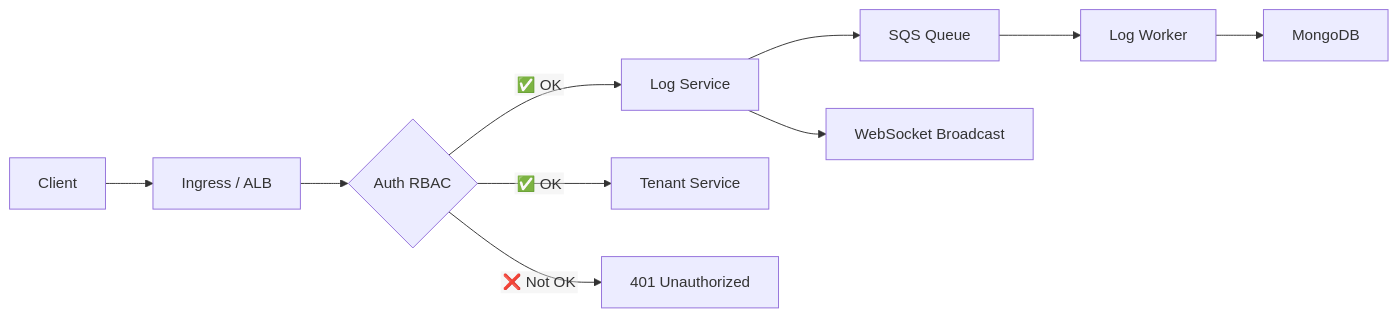
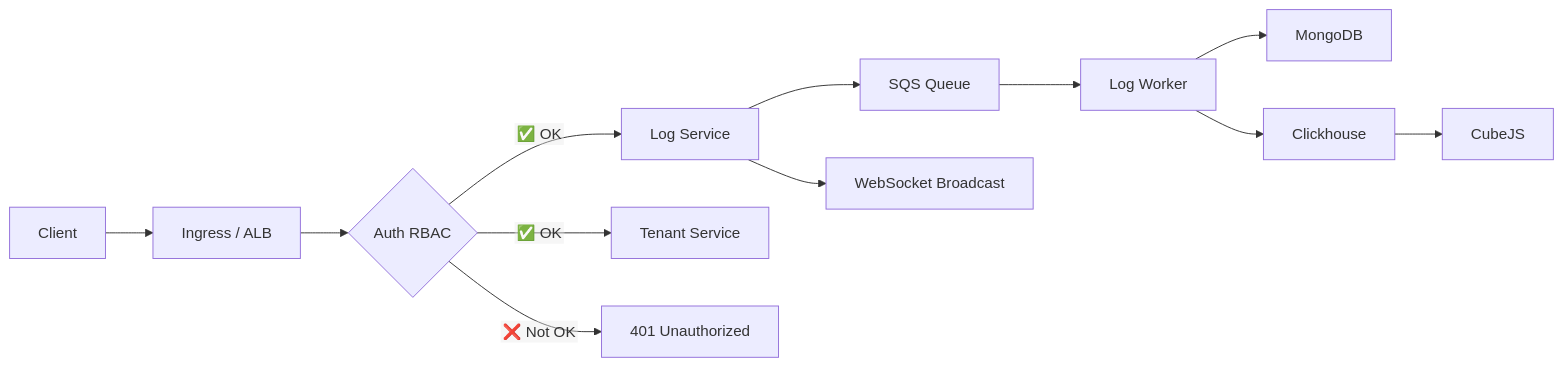
Before and after one commit to rxzcode/logserver: the diagram in README.md, drawn with Mermaid. The commit also changed other lines of this file, not shown here.

````diff
--- a/README.md
+++ b/README.md
@@ -150,16 +161,18 @@
 ```mermaid
 ---
 config:
   flowchart:
     htmlLabels: false
   layout: dagre
 ---
 flowchart LR
   A["Client"] --> B["Ingress / ALB"]
   B --> C{"Auth RBAC"}
   C -- ✅ OK --> D["Log Service"] & E["Tenant Service"]
   D --> SQS["SQS Queue"] & WS["WebSocket Broadcast"]
   SQS --> LW["Log Worker"]
   LW --> DB["MongoDB"]
+  LW --> OLAP["Clickhouse"]
+  OLAP --> CUBE["CubeJS"]
   C -- ❌ Not OK --> F["401 Unauthorized"]
 ```
````
